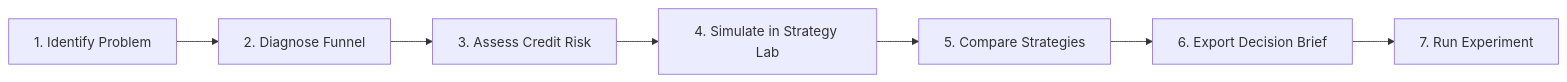
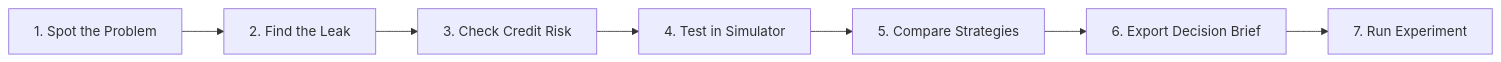
One commit to vanshita2608-c/LendLens changed the diagram in README.md. Above: the diagram before and after it, drawn with Mermaid. The commit also changed other lines of this file, not shown here.

Commit message:
docs(readme): rewrite README with simple, accessible explanations of all features, architecture, and backend techniques

````diff
--- a/README.md
+++ b/README.md
@@ -56,9 +38,9 @@
 ```mermaid
 flowchart LR
-    A[1. Identify Problem] --> B[2. Diagnose Funnel]
-    B --> C[3. Assess Credit Risk]
-    C --> D[4. Simulate in Strategy Lab]
+    A[1. Spot the Problem] --> B[2. Find the Leak]
+    B --> C[3. Check Credit Risk]
+    C --> D[4. Test in Simulator]
     D --> E[5. Compare Strategies]
     E --> F[6. Export Decision Brief]
     F --> G[7. Run Experiment]
 ```
````
